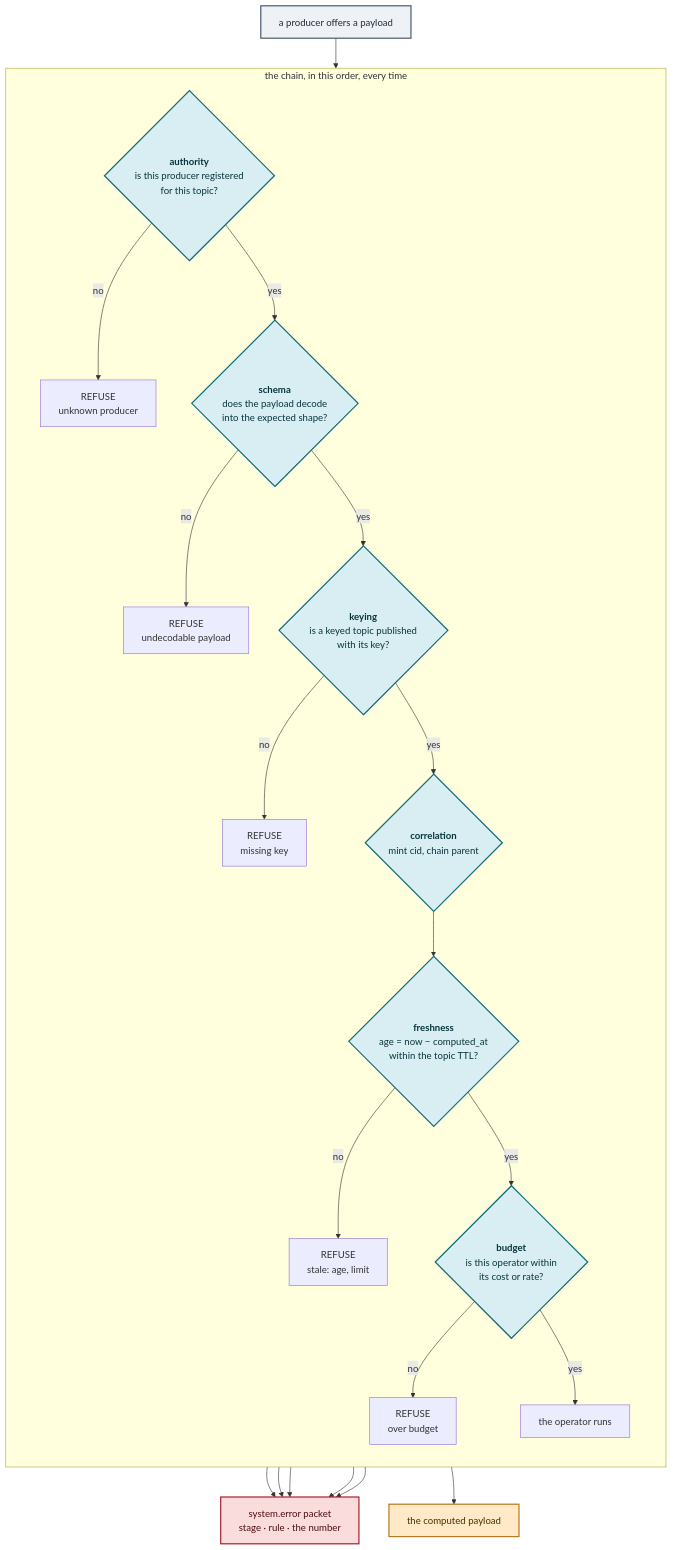
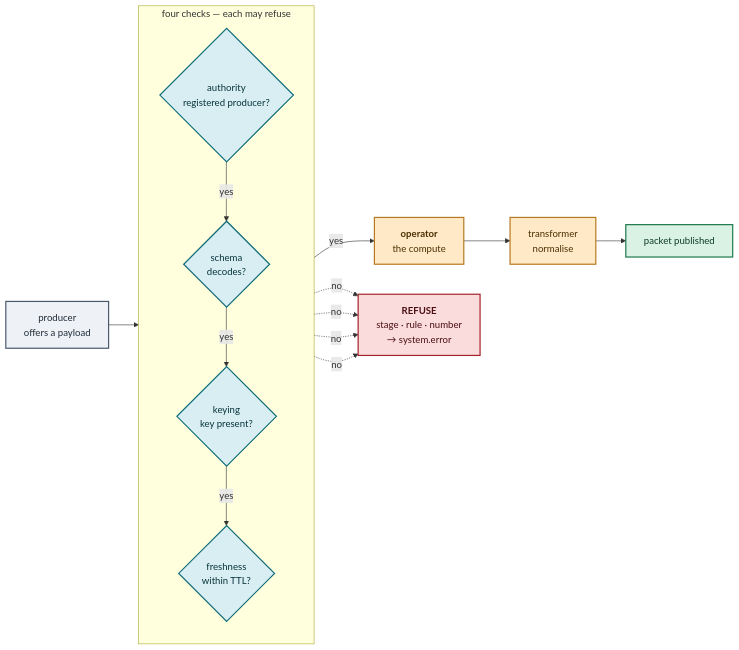
Before and after one commit to intametrix/CryptAlyst: the diagram in docs/plan/e2.mmd, drawn with Mermaid. The commit also changed 21 other files, not shown here.

First line of the commit message:
fix(diagrams): the capture was cutting tall figures, and the pipeline figure was tall

```diff
--- a/docs/plan/e2.mmd
+++ b/docs/plan/e2.mmd
@@ -1,33 +1,23 @@
-flowchart TB
-  REQ["a producer offers a payload"] --> A
-  subgraph CHAIN["the chain, in this order, every time"]
+flowchart LR
+  IN["producer<br/>offers a payload"]:::c_neutral
+  subgraph CHK["four checks — each may refuse"]
     direction TB
-    A{"<b>authority</b><br/>is this producer registered<br/>for this topic?"}
-    A -->|no| X1["REFUSE<br/>unknown producer"]
-    A -->|yes| B{"<b>schema</b><br/>does the payload decode<br/>into the expected shape?"}
-    B -->|no| X2["REFUSE<br/>undecodable payload"]
-    B -->|yes| C{"<b>keying</b><br/>is a keyed topic published<br/>with its key?"}
-    C -->|no| X3["REFUSE<br/>missing key"]
-    C -->|yes| D{"<b>correlation</b><br/>mint cid, chain parent"}
-    D --> E{"<b>freshness</b><br/>age = now − computed_at<br/>within the topic TTL?"}
-    E -->|no| X4["REFUSE<br/>stale: age, limit"]
-    E -->|yes| F{"<b>budget</b><br/>is this operator within<br/>its cost or rate?"}
-    F -->|no| X5["REFUSE<br/>over budget"]
-    F -->|yes| GO["the operator runs"]
+    A{"authority<br/>registered producer?"}:::c_control
+    S{"schema<br/>decodes?"}:::c_control
+    K{"keying<br/>key present?"}:::c_control
+    F{"freshness<br/>within TTL?"}:::c_control
+    A -->|yes| S -->|yes| K -->|yes| F
   end
-  X1 --> ERR["system.error packet<br/>stage · rule · the number"]:::c_risk
-  X2 --> ERR
-  X3 --> ERR
-  X4 --> ERR
-  X5 --> ERR
-  GO --> OP["the computed payload"]:::c_model
+  IN --> A
+  F -->|yes| OP["<b>operator</b><br/>the compute"]:::c_model
+  OP --> T["transformer<br/>normalise"]:::c_model
+  T --> OUT["packet published"]:::c_intel
+  A -.->|no| X["<b>REFUSE</b><br/>stage · rule · number<br/>→ system.error"]:::c_risk
+  S -.->|no| X
+  K -.->|no| X
+  F -.->|no| X
+  classDef c_neutral fill:#eef1f5,stroke:#4b5b6e,color:#1f2b38,stroke-width:2px;
+  classDef c_control fill:#d8eef2,stroke:#0f6b7a,color:#08343c,stroke-width:2px;
+  classDef c_model fill:#ffe9c7,stroke:#b7791f,color:#4a2f00,stroke-width:2px;
   classDef c_intel fill:#d9f2e3,stroke:#1d7a4d,color:#0d3b26,stroke-width:2px;
-  classDef c_control fill:#d8eef2,stroke:#0f6b7a,color:#08343c,stroke-width:2px;
-  classDef c_market fill:#dbe9fb,stroke:#1d4e89,color:#0b2545,stroke-width:2px;
   classDef c_risk fill:#fbdcdc,stroke:#a4232b,color:#4a0f13,stroke-width:2px;
-  classDef c_model fill:#ffe9c7,stroke:#b7791f,color:#4a2f00,stroke-width:2px;
-  classDef c_store fill:#e9e3f7,stroke:#5b3fa8,color:#2a1a55,stroke-width:2px;
-  classDef c_neutral fill:#eef1f5,stroke:#4b5b6e,color:#1f2b38,stroke-width:2px;
-  class REQ c_neutral;
-  class A,B,C,E,F c_control;
-  class D c_control;
```
